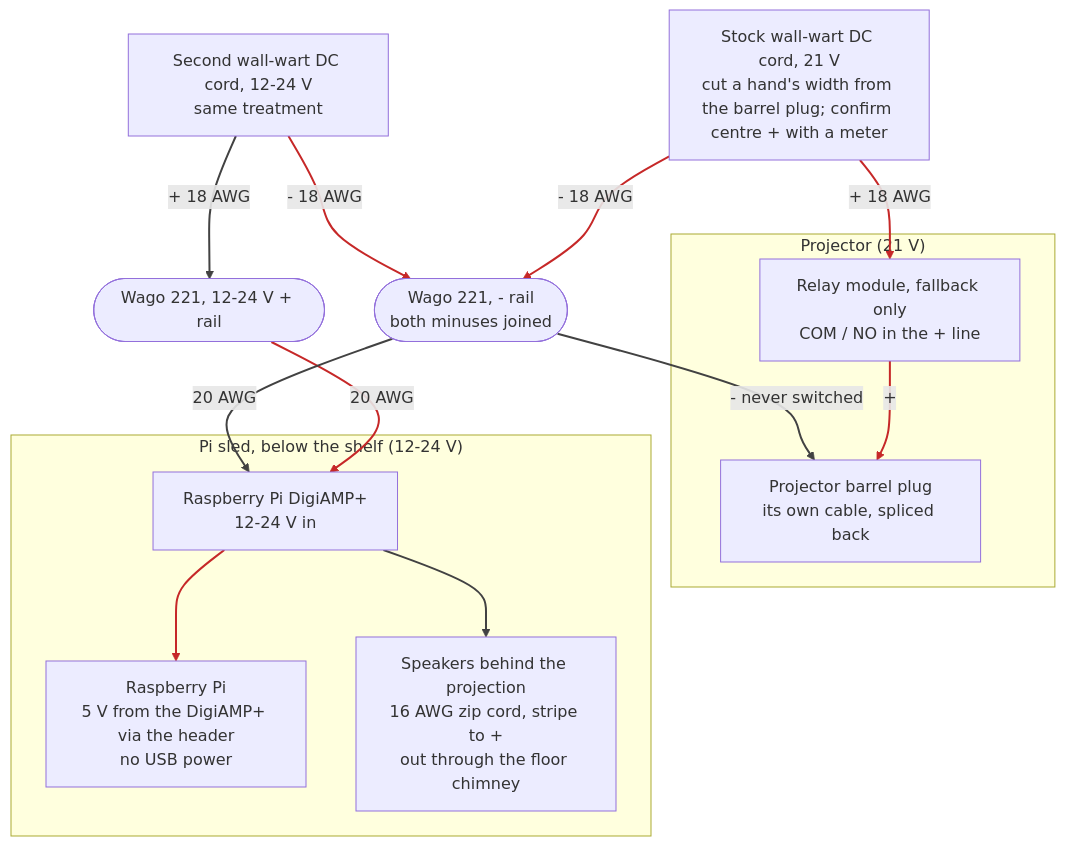
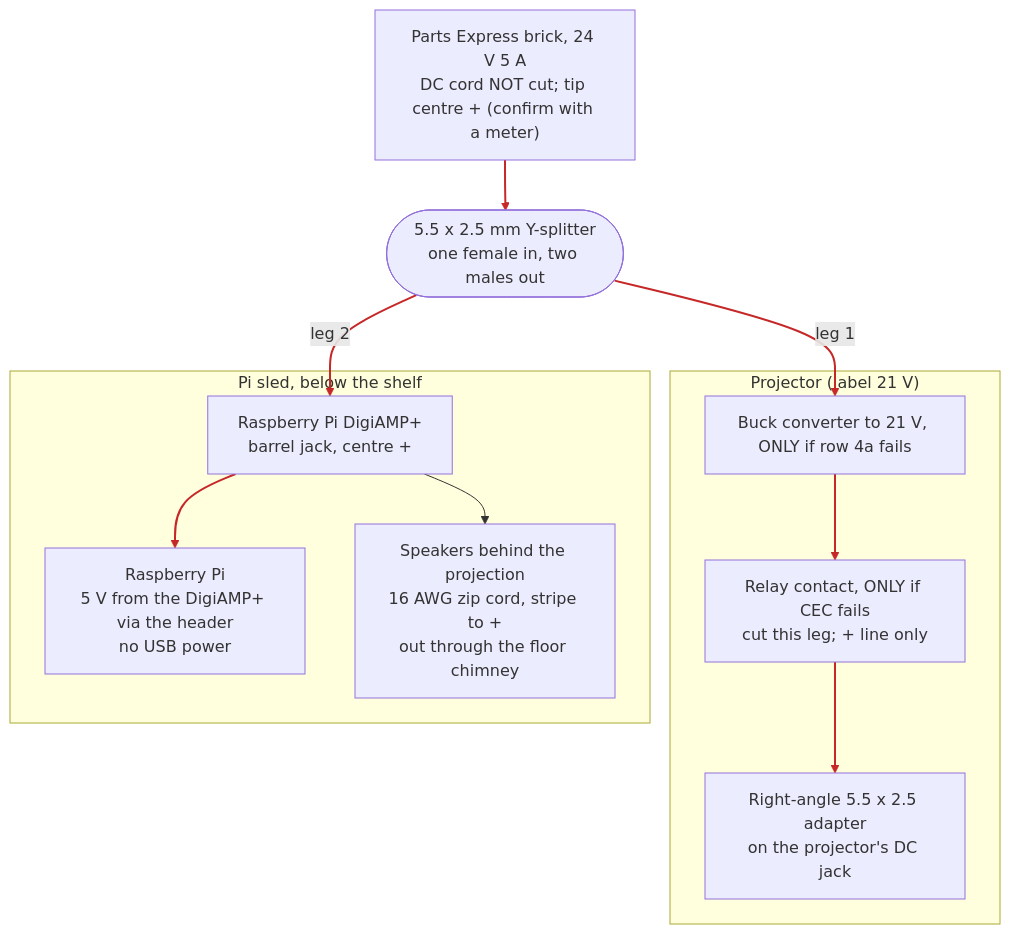
Before and after one commit to davidwkeith/atmosfx-projector-case: the second of 3 diagrams in docs/WIRING.md, drawn with Mermaid. The commit also changed other lines of this file, not shown here.

Commit message:
WIRING: one brick, molded cord, Y-splitter; no hand-wired AC

````diff
--- a/docs/WIRING.md
+++ b/docs/WIRING.md
@@ -67,27 +52,21 @@
 ```mermaid
 flowchart TB
-  W1["Stock wall-wart DC cord, 21 V<br/>cut a hand's width from the barrel plug; confirm centre + with a meter"]
-  W2["Second wall-wart DC cord, 12-24 V<br/>same treatment"]
-  WN(["Wago 221, - rail<br/>both minuses joined"])
-  WP(["Wago 221, 12-24 V + rail"])
-  subgraph PJ["Projector (21 V)"]
-    RELAY["Relay module, fallback only<br/>COM / NO in the + line"]
-    PROJ["Projector barrel plug<br/>its own cable, spliced back"]
+  BR["Parts Express brick, 24 V 5 A<br/>DC cord NOT cut; tip centre + (confirm with a meter)"]
+  SPL(["5.5 x 2.5 mm Y-splitter<br/>one female in, two males out"])
+  subgraph PJ["Projector (label 21 V)"]
+    BUCK["Buck converter to 21 V, ONLY if row 4a fails"]
+    RELAY["Relay contact, ONLY if CEC fails<br/>cut this leg; + line only"]
+    ADP["Right-angle 5.5 x 2.5 adapter<br/>on the projector's DC jack"]
   end
-  subgraph PIZ["Pi sled, below the shelf (12-24 V)"]
-    AMP["Raspberry Pi DigiAMP+<br/>12-24 V in"]
+  subgraph PIZ["Pi sled, below the shelf"]
+    AMP["Raspberry Pi DigiAMP+<br/>barrel jack, centre +"]
     PI["Raspberry Pi<br/>5 V from the DigiAMP+ via the header<br/>no USB power"]
     SPK["Speakers behind the projection<br/>16 AWG zip cord, stripe to +<br/>out through the floor chimney"]
   end
-  W1 -- "+ 18 AWG" --> RELAY -- "+" --> PROJ
-  W1 -- "- 18 AWG" --> WN
-  WN -- "- never switched" --> PROJ
-  W2 -- "+ 18 AWG" --> WP
-  W2 -- "- 18 AWG" --> WN
-  WP -- "20 AWG" --> AMP
-  WN -- "20 AWG" --> AMP
+  BR --> SPL
+  SPL -- "leg 1" --> BUCK --> RELAY --> ADP
+  SPL -- "leg 2" --> AMP
   AMP --> PI
   AMP --> SPK
-  linkStyle 0,1,2,5,6,8 stroke:#c62828,stroke-width:2px
-  linkStyle 3,4,7,9 stroke:#424242,stroke-width:2px
+  linkStyle 0,1,2,3,4,5 stroke:#c62828,stroke-width:2px
 ```
````
